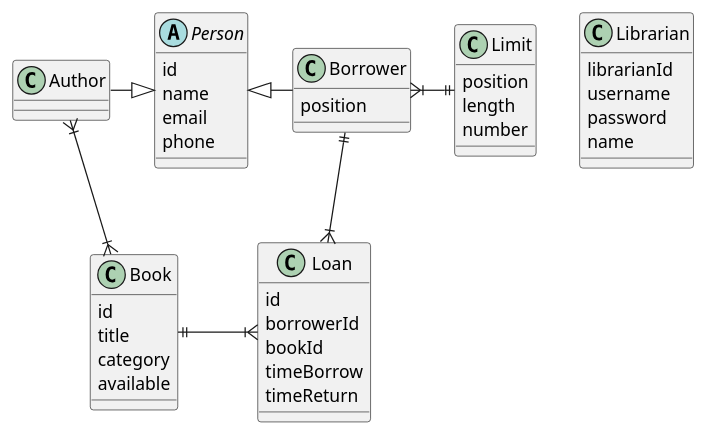
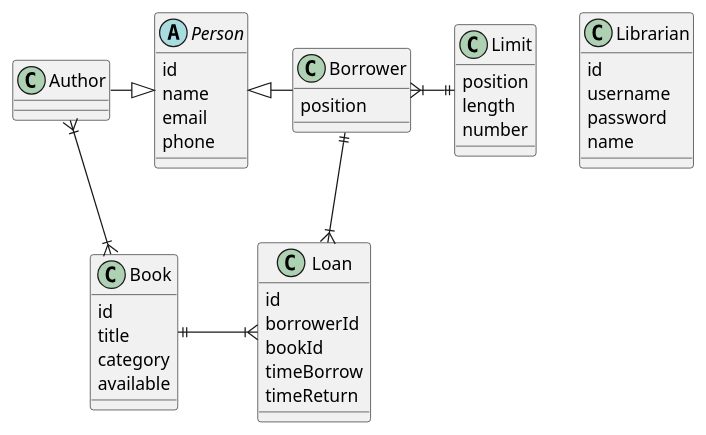
The diagram in src/main/plain/LibraryManagement.puml (iam-nhi-nguyen/library-management), drawn with PlantUML before and after one commit. The commit also changed 7 other files, not shown here.

```diff
--- a/src/main/plain/LibraryManagement.puml
+++ b/src/main/plain/LibraryManagement.puml
@@ -1,54 +1,54 @@
 @startuml
 'https://plantuml.com/class-diagram
 
 abstract class Person {
     id
     name
     email
     phone
 }
 class Borrower {
     position
 }
 class Author
 
 class Book {
     id
     title
     category
     available
 }
 
 
 class Loan {
     id
     borrowerId
     bookId
     timeBorrow
     timeReturn
 }
 
 class Limit {
     position
     length
     number
 }
 
 class Librarian {
-    librarianId
+    id
     username
     password
     name
 }
 
 Person <|-r- Borrower
 Person <|-l- Author
 
 Author }|--|{ Book
 
 Loan }|-u-|| Borrower
 Loan }|-l-|| Book
 
 Borrower }|-|| Limit
 
 @enduml
```
